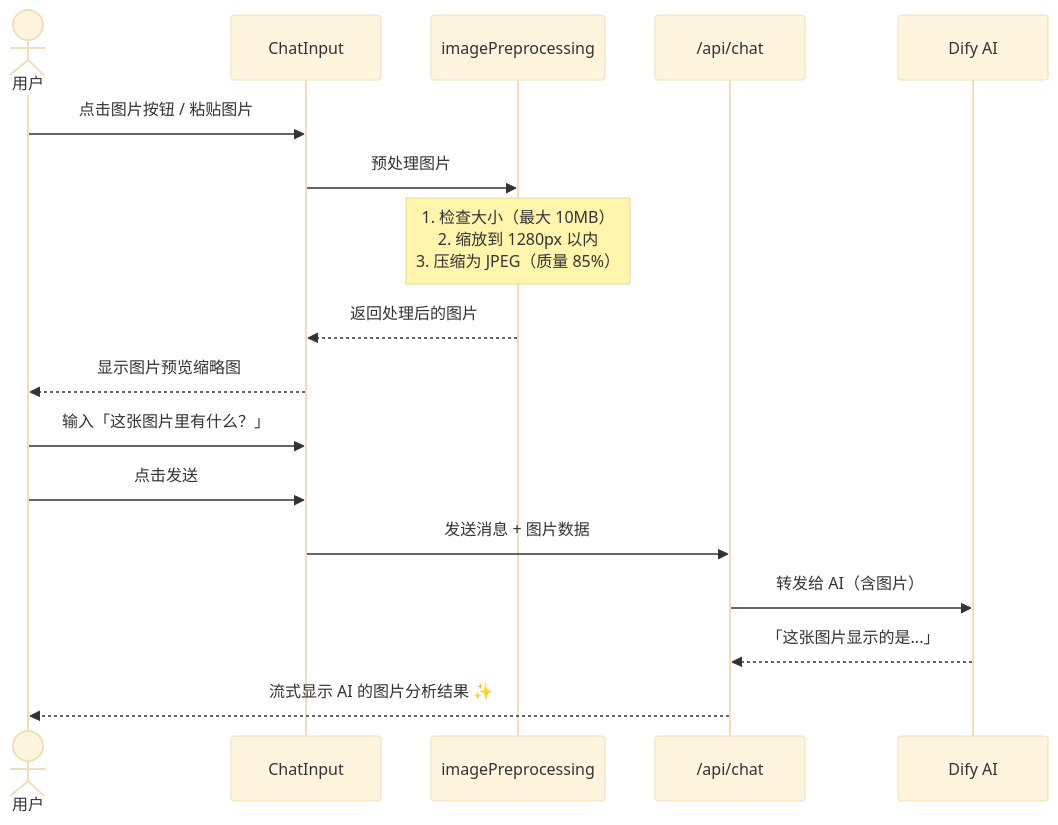
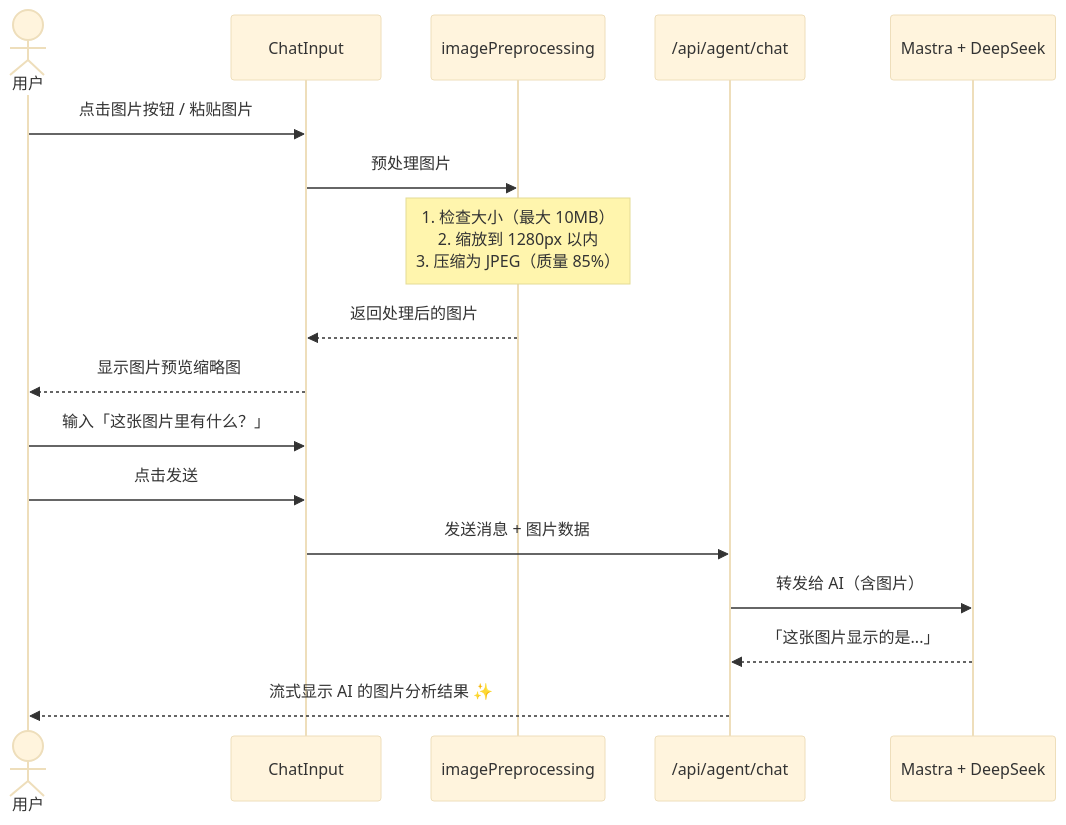
One commit to hiyeshu/kyo.is changed the seventh of 21 diagrams in docs/explain/05-user-journey.md. Above: the diagram before and after it, drawn with Mermaid (base theme). The commit also changed other lines of this file and 127 other files, not shown here.

Commit message:
migrate kyo to cloudflare mastra agent

````diff
--- a/docs/explain/05-user-journey.md
+++ b/docs/explain/05-user-journey.md
@@ -184,26 +184,26 @@
 ```mermaid
 sequenceDiagram
     actor 用户
     participant 输入框 as ChatInput
     participant 图片处理 as imagePreprocessing
-    participant 后端 as /api/chat
-    participant AI as Dify AI
+    participant 后端 as /api/agent/chat
+    participant AI as Mastra + DeepSeek
 
     用户->>输入框: 点击图片按钮 / 粘贴图片
 
     输入框->>图片处理: 预处理图片
 
     Note over 图片处理: 1. 检查大小（最大 10MB）<br/>2. 缩放到 1280px 以内<br/>3. 压缩为 JPEG（质量 85%）
 
     图片处理-->>输入框: 返回处理后的图片
     输入框-->>用户: 显示图片预览缩略图
 
     用户->>输入框: 输入「这张图片里有什么？」
     用户->>输入框: 点击发送
 
     输入框->>后端: 发送消息 + 图片数据
     后端->>AI: 转发给 AI（含图片）
 
     AI-->>后端: 「这张图片显示的是...」
     后端-->>用户: 流式显示 AI 的图片分析结果 ✨
 ```
````
